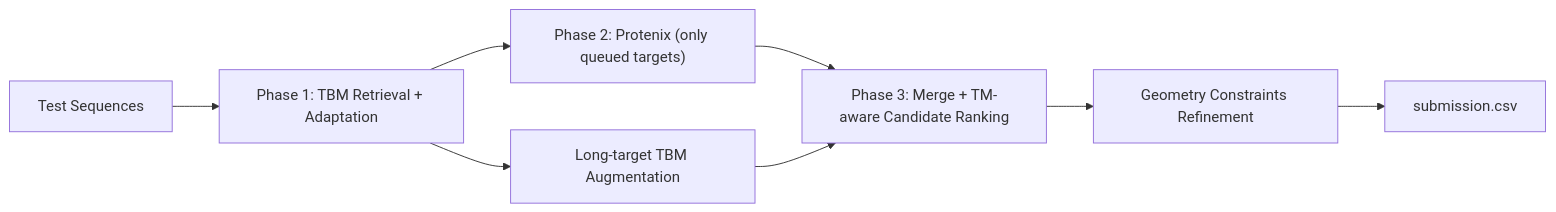
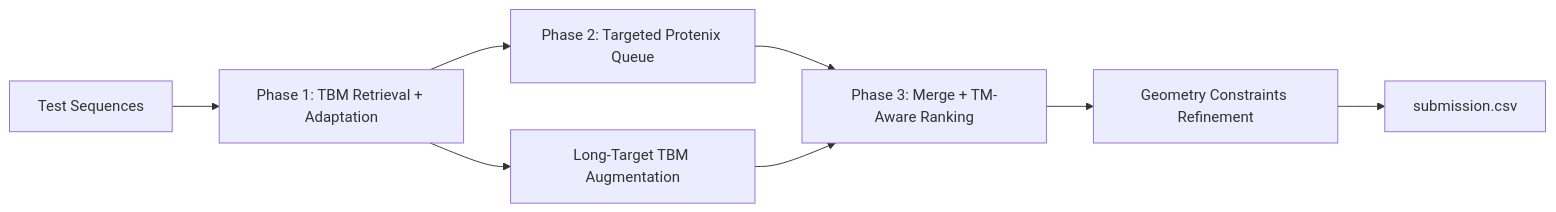
The diagram in README.md (iamhamzaabdullah/RNX), drawn with Mermaid before and after one commit. The commit also changed other lines of this file and 17 other files, not shown here.

````diff
--- a/README.md
+++ b/README.md
@@ -22,10 +23,10 @@
 ```mermaid
 flowchart LR
     A["Test Sequences"] --> B["Phase 1: TBM Retrieval + Adaptation"]
-    B --> C["Phase 2: Protenix (only queued targets)"]
-    B --> D["Long-target TBM Augmentation"]
-    C --> E["Phase 3: Merge + TM-aware Candidate Ranking"]
+    B --> C["Phase 2: Targeted Protenix Queue"]
+    B --> D["Long-Target TBM Augmentation"]
+    C --> E["Phase 3: Merge + TM-Aware Ranking"]
     D --> E
     E --> F["Geometry Constraints Refinement"]
     F --> G["submission.csv"]
 ```
````
